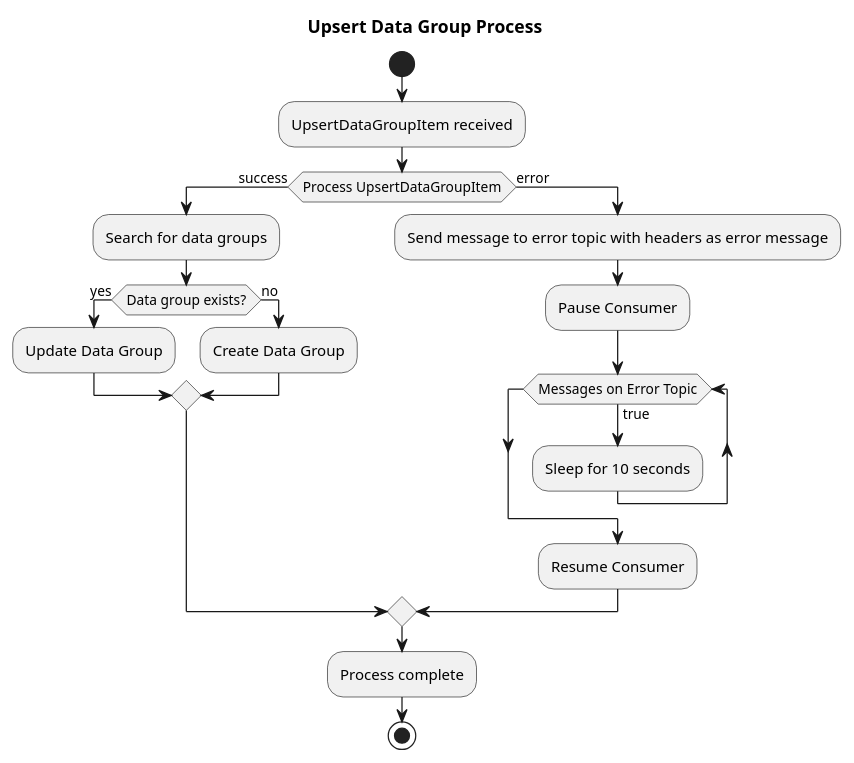
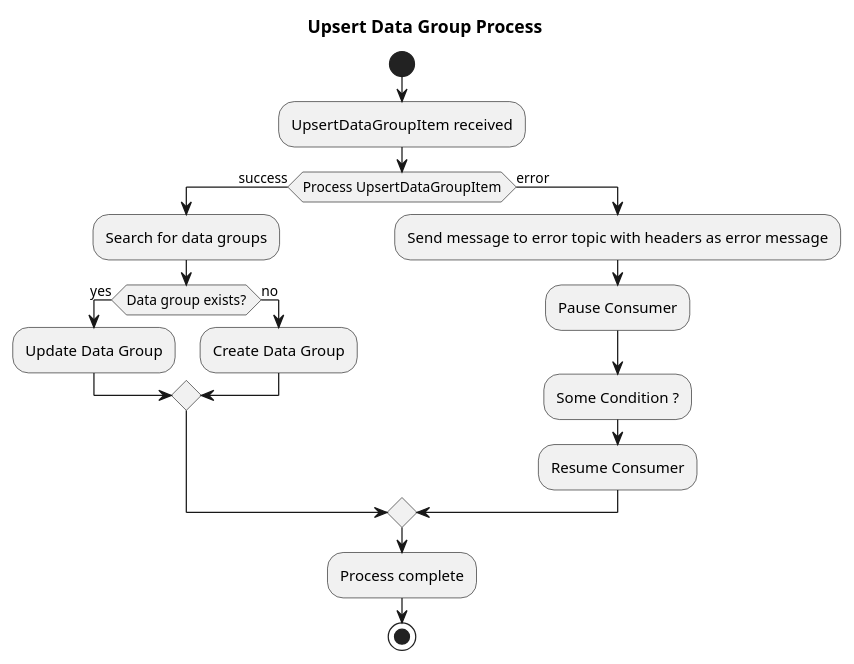
One commit to Backbase/local-backend-setup changed the diagram in development/service/access-control-extension/src/main/resources/error-flow.puml. Above: the diagram before and after it, drawn with PlantUML. The commit also changed 7 other files, not shown here.

```diff
--- a/development/service/access-control-extension/src/main/resources/error-flow.puml
+++ b/development/service/access-control-extension/src/main/resources/error-flow.puml
@@ -1,28 +1,26 @@
 @startuml
 
 title Upsert Data Group Process
 
 start
 
 :UpsertDataGroupItem received;
 if (Process UpsertDataGroupItem) then (success)
   :Search for data groups;
   if (Data group exists?) then (yes)
     :Update Data Group;
   else (no)
     :Create Data Group;
   endif
 else (error)
   :Send message to error topic with headers as error message;
   :Pause Consumer;
-  while (Messages on Error Topic) is (true)
-    :Sleep for 10 seconds;
-  endwhile
+  :Some Condition ?;
   :Resume Consumer;
 endif
 
 :Process complete;
 
 stop
 
 @enduml
```
